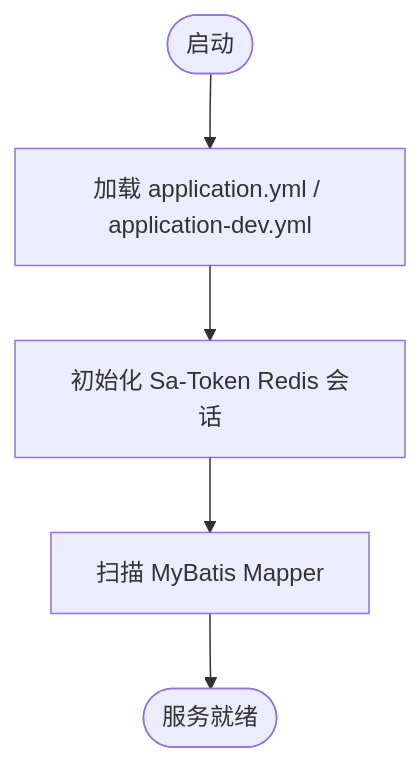
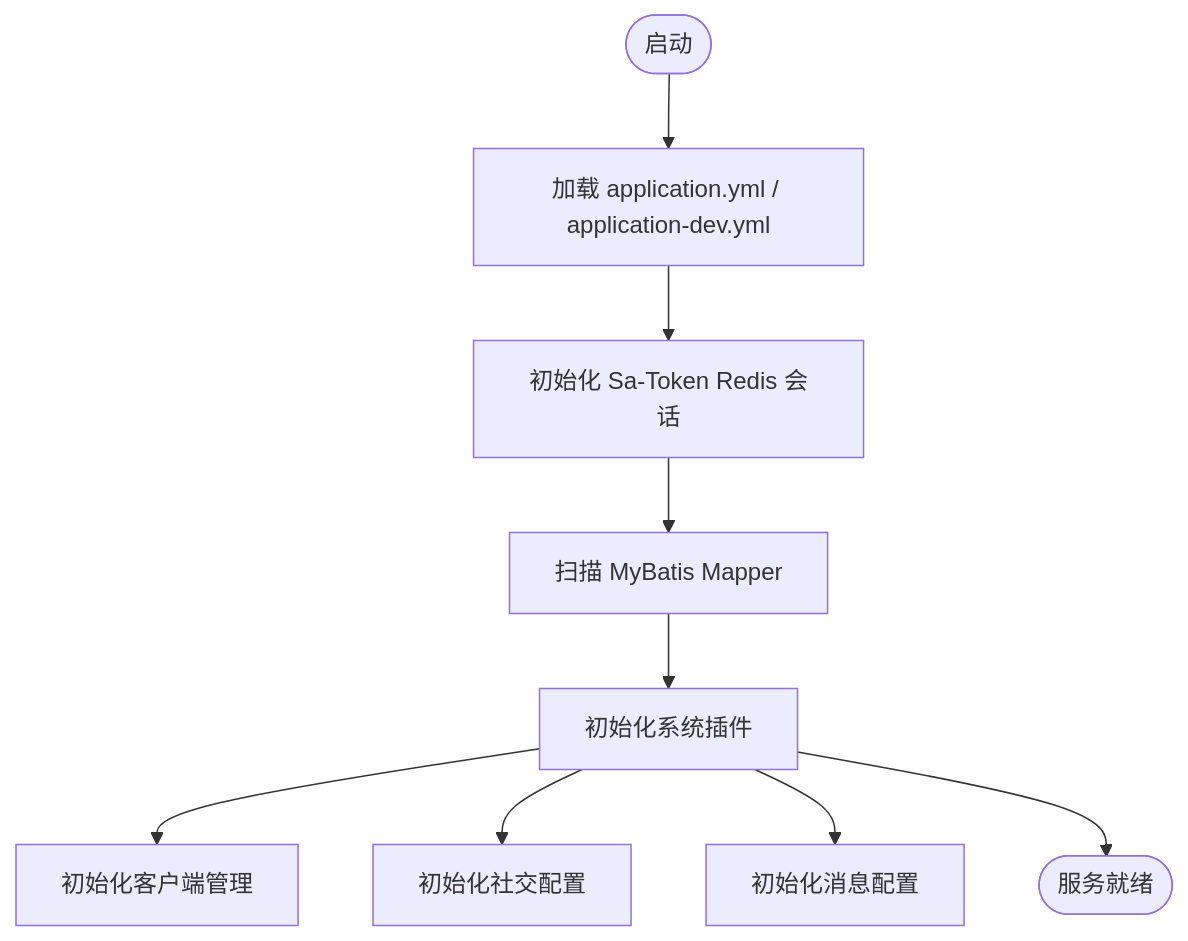
One commit to yaomindong1996/forge-admin changed the ninth of 10 diagrams in .qoder/repowiki/zh/content/核心功能模块/系统管理/系统管理.md. Above: the diagram before and after it, drawn with Mermaid. The commit also changed other lines of this file and 57 other files, not shown here.

````diff
--- a/.qoder/repowiki/zh/content/核心功能模块/系统管理/系统管理.md
+++ b/.qoder/repowiki/zh/content/核心功能模块/系统管理/系统管理.md
@@ -238,7 +464,11 @@
 ```mermaid
 flowchart TD
 Start(["启动"]) --> LoadCfg["加载 application.yml / application-dev.yml"]
 LoadCfg --> InitRedis["初始化 Sa-Token Redis 会话"]
 InitRedis --> InitMapper["扫描 MyBatis Mapper"]
-InitMapper --> Ready(["服务就绪"])
+InitMapper --> InitPlugins["初始化系统插件"]
+InitPlugins --> InitClient["初始化客户端管理"]
+InitPlugins --> InitSocial["初始化社交配置"]
+InitPlugins --> InitMessage["初始化消息配置"]
+InitPlugins --> Ready(["服务就绪"])
 ```
````
